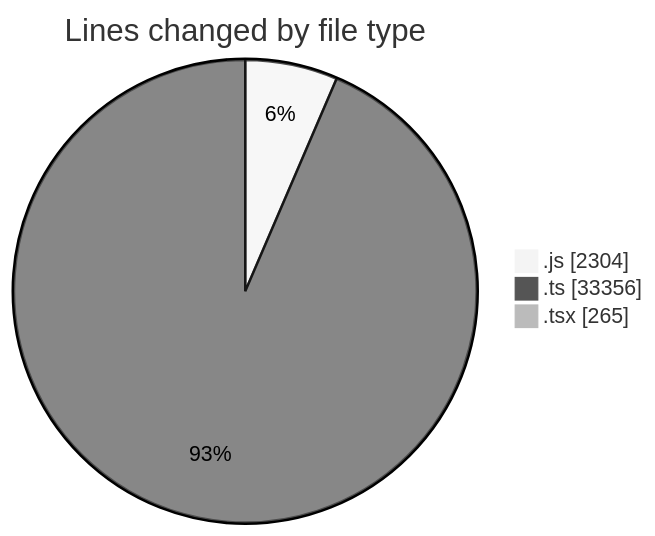
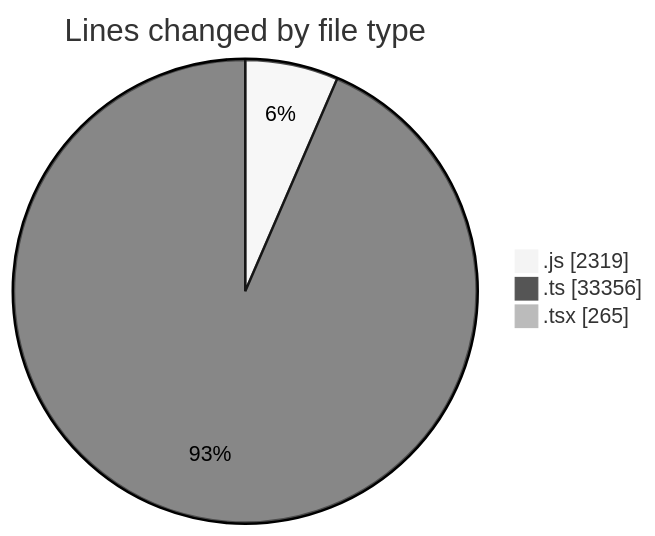
One commit to momahboobian/code-tracking changed the first of 2 diagrams in 2026-02-09/cda/README.md. Above: the diagram before and after it, drawn with Mermaid (neutral theme). The commit also changed other lines of this file and 1 other file, not shown here.

````diff
--- a/2026-02-09/cda/README.md
+++ b/2026-02-09/cda/README.md
@@ -37,7 +37,7 @@
 ```mermaid
 pie showData
 title Lines changed by file type
-".js" : 2304
+".js" : 2319
 ".ts" : 33356
 ".tsx" : 265
 ```
````
